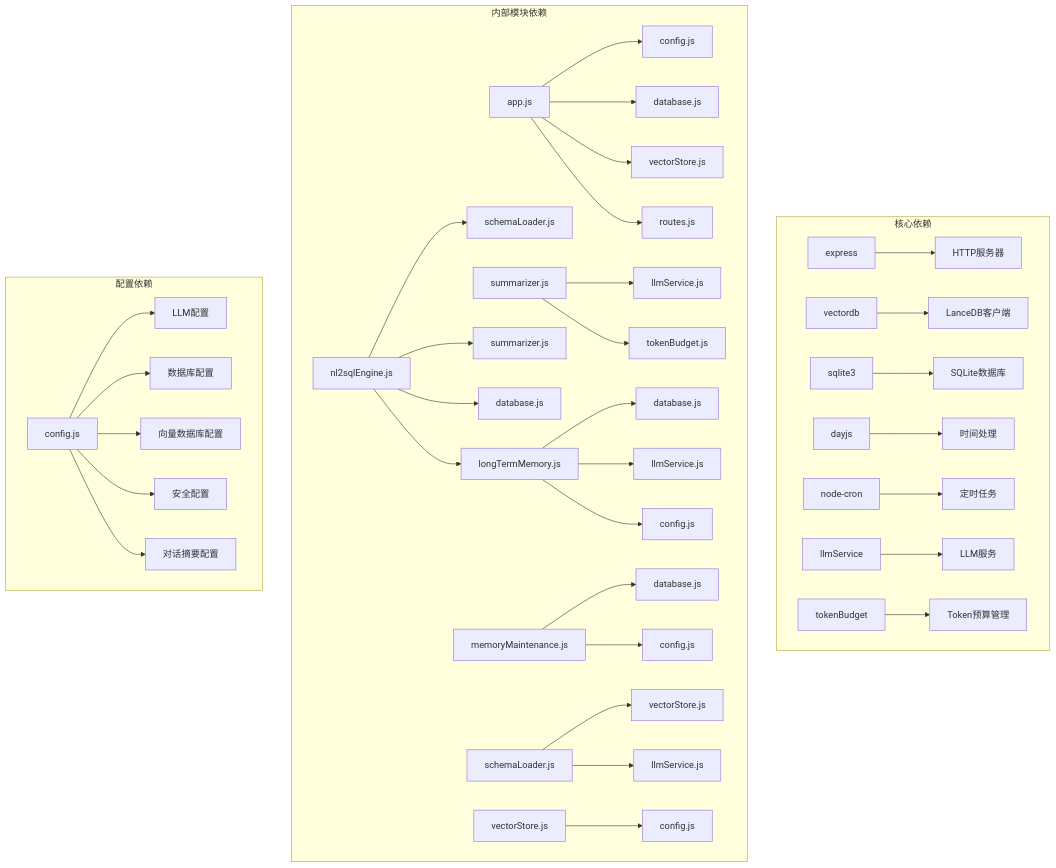
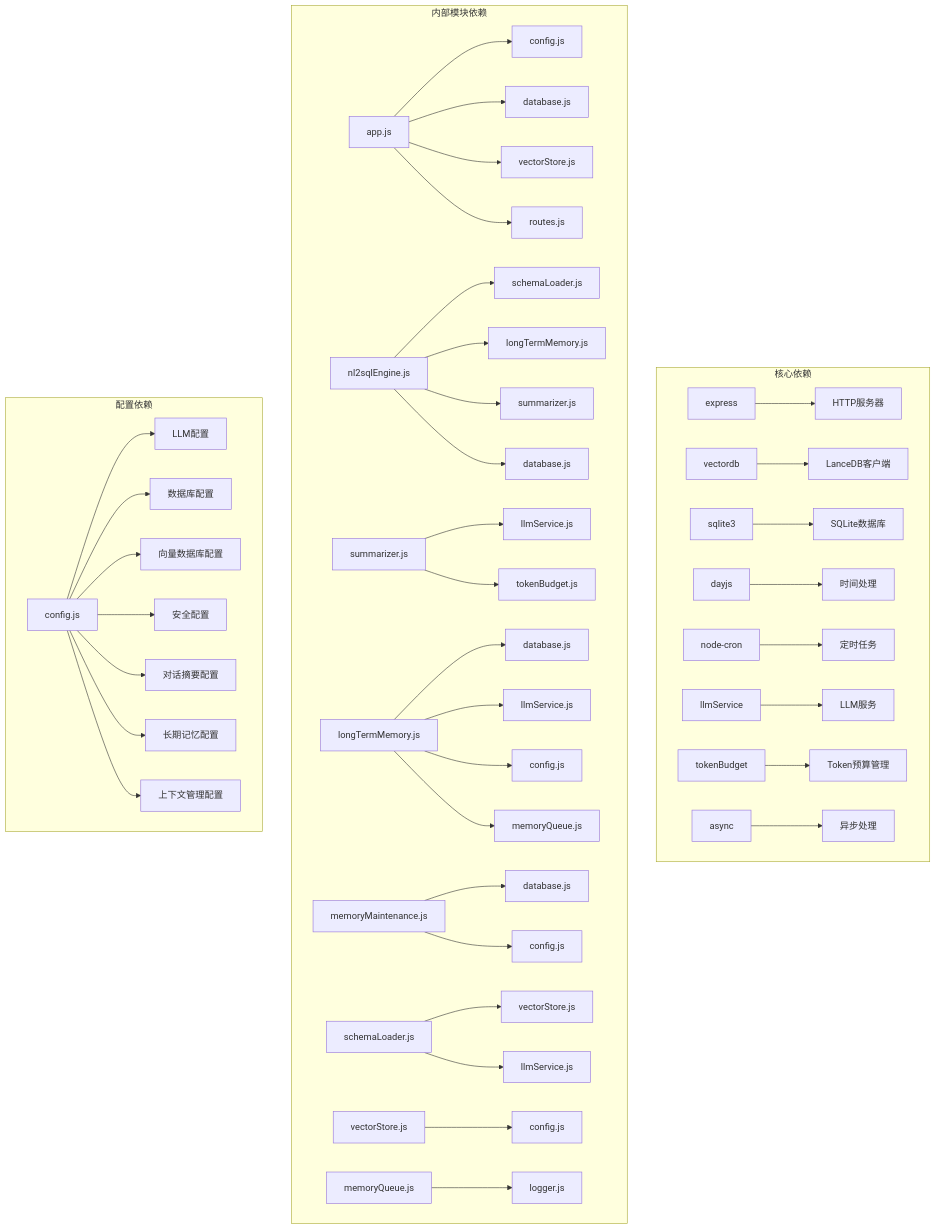
One commit to HanHuiOnLine/724-office changed the sixth of 6 diagrams in .qoder/repowiki/zh/content/核心模块详解/NL2SQL自然语言到SQL系统/NL2SQL长期记忆系统.md. Above: the diagram before and after it, drawn with Mermaid. The commit also changed other lines of this file and 7 other files, not shown here.

````diff
--- a/.qoder/repowiki/zh/content/核心模块详解/NL2SQL自然语言到SQL系统/NL2SQL长期记忆系统.md
+++ b/.qoder/repowiki/zh/content/核心模块详解/NL2SQL自然语言到SQL系统/NL2SQL长期记忆系统.md
@@ -467,39 +547,44 @@
 ```mermaid
 graph TD
 subgraph "核心依赖"
 A[express] --> B[HTTP服务器]
 C[vectordb] --> D[LanceDB客户端]
 E[sqlite3] --> F[SQLite数据库]
 G[dayjs] --> H[时间处理]
 I[node-cron] --> J[定时任务]
 K[llmService] --> L[LLM服务]
 M[tokenBudget] --> N[Token预算管理]
+O[async] --> P[异步处理]
 end
 subgraph "内部模块依赖"
-O[app.js] --> P[config.js]
-O --> Q[database.js]
-O --> R[vectorStore.js]
-O --> S[routes.js]
-T[nl2sqlEngine.js] --> U[schemaLoader.js]
-T --> V[longTermMemory.js]
-T --> W[summarizer.js]
-T --> X[database.js]
-Y[summarizer.js] --> Z[llmService.js]
-Y --> AA[tokenBudget.js]
-V --> AB[database.js]
-V --> AC[llmService.js]
-V --> AD[config.js]
-AE[memoryMaintenance.js] --> AF[database.js]
-AE --> AG[config.js]
-AH[schemaLoader.js] --> AI[vectorStore.js]
-AH --> AJ[llmService.js]
-AK[vectorStore.js] --> AL[config.js]
+Q[app.js] --> R[config.js]
+Q --> S[database.js]
+Q --> T[vectorStore.js]
+Q --> U[routes.js]
+V[nl2sqlEngine.js] --> W[schemaLoader.js]
+V --> X[longTermMemory.js]
+V --> Y[summarizer.js]
+V --> Z[database.js]
+AA[summarizer.js] --> AB[llmService.js]
+AA --> AC[tokenBudget.js]
+AD[longTermMemory.js] --> AE[database.js]
+AD --> AF[llmService.js]
+AD --> AG[config.js]
+AD --> AH[memoryQueue.js]
+AI[memoryMaintenance.js] --> AJ[database.js]
+AI --> AK[config.js]
+AL[schemaLoader.js] --> AM[vectorStore.js]
+AL --> AN[llmService.js]
+AO[vectorStore.js] --> AP[config.js]
+AQ[memoryQueue.js] --> AR[logger.js]
 end
 subgraph "配置依赖"
-AM[config.js] --> AN[LLM配置]
-AM --> AO[数据库配置]
-AM --> AP[向量数据库配置]
-AM --> AQ[安全配置]
-AM --> AR[对话摘要配置]
+AS[config.js] --> AT[LLM配置]
+AS --> AU[数据库配置]
+AS --> AV[向量数据库配置]
+AS --> AW[安全配置]
+AS --> AX[对话摘要配置]
+AS --> AY[长期记忆配置]
+AS --> AZ[上下文管理配置]
 end
 ```
````
